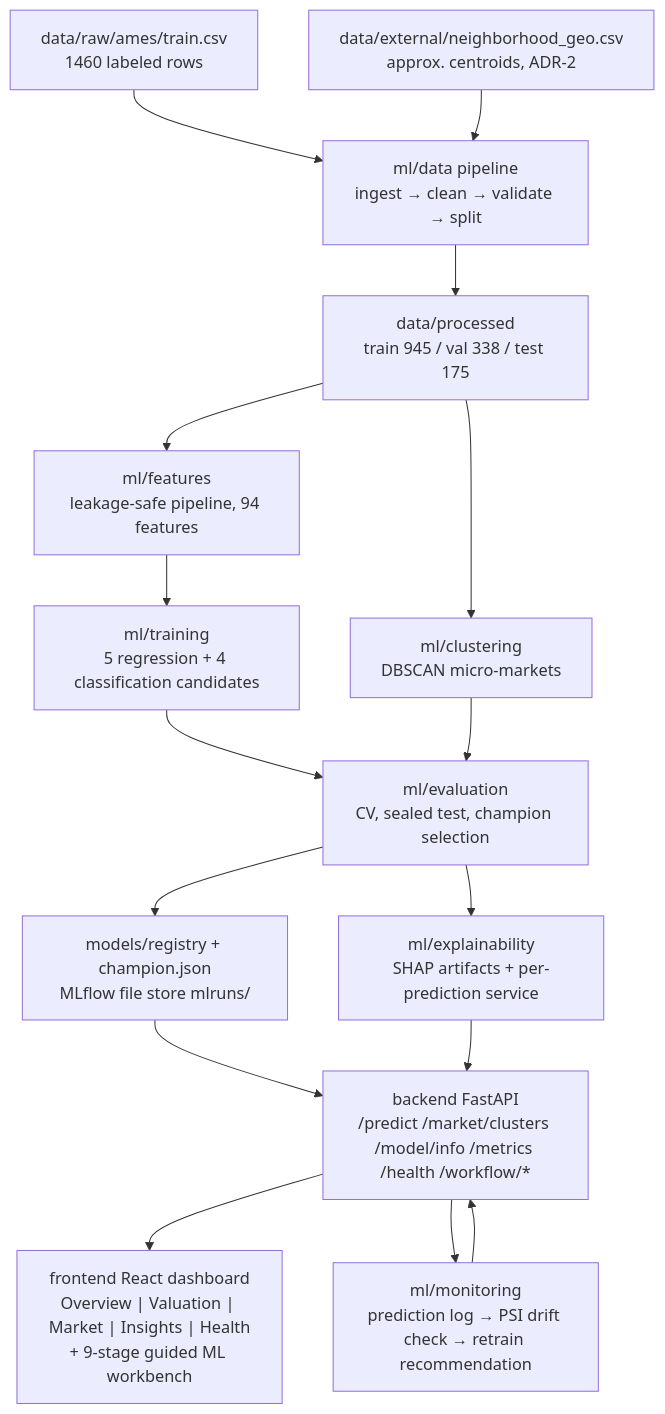
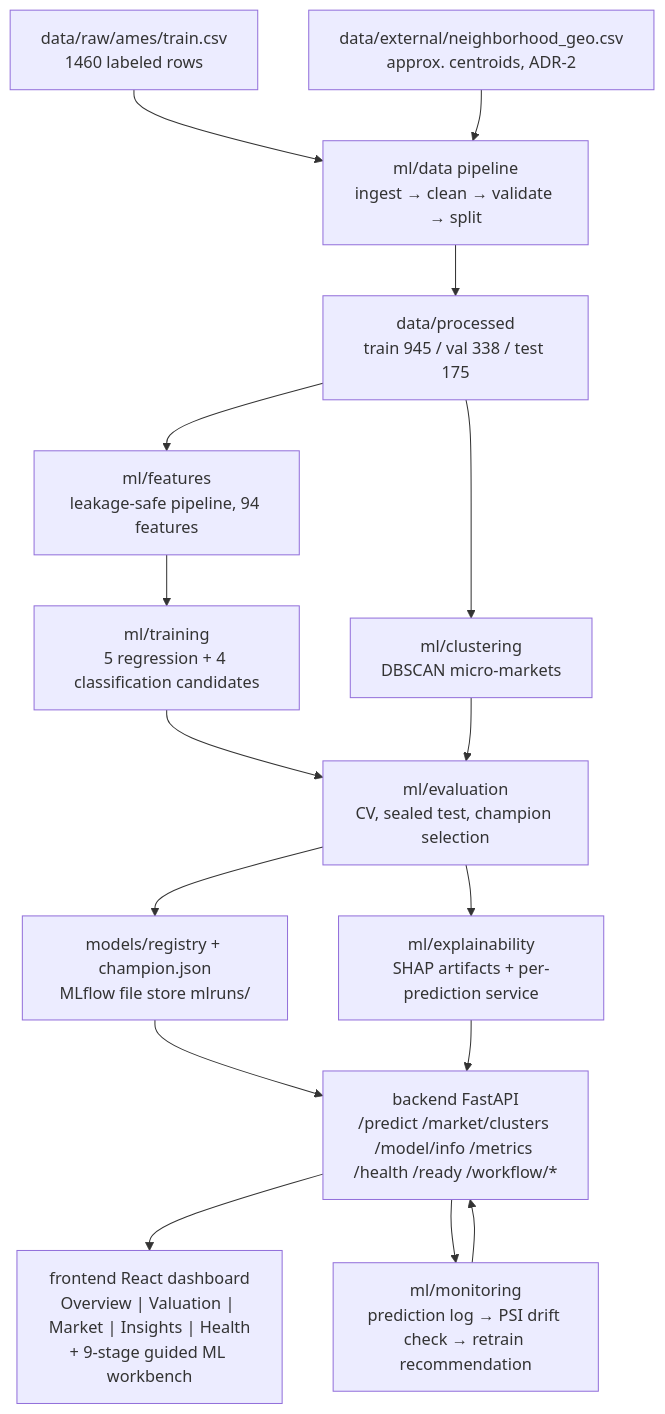
Before and after one commit to rushmanthnalluri/prop-pulse: the diagram in README.md, drawn with Mermaid. The commit also changed other lines of this file, not shown here.

````diff
--- a/README.md
+++ b/README.md
@@ -116,18 +116,18 @@
 ```mermaid
 flowchart TD
     A[data/raw/ames/train.csv<br/>1460 labeled rows] --> B[ml/data pipeline<br/>ingest → clean → validate → split]
     G[data/external/neighborhood_geo.csv<br/>approx. centroids, ADR-2] --> B
     B --> C[data/processed<br/>train 945 / val 338 / test 175]
     C --> D[ml/features<br/>leakage-safe pipeline, 94 features]
     D --> E[ml/training<br/>5 regression + 4 classification candidates]
     C --> F[ml/clustering<br/>DBSCAN micro-markets]
     E --> H[ml/evaluation<br/>CV, sealed test, champion selection]
     F --> H
     H --> I[models/registry + champion.json<br/>MLflow file store mlruns/]
     H --> J[ml/explainability<br/>SHAP artifacts + per-prediction service]
-    I --> K[backend FastAPI<br/>/predict /market/clusters /model/info /metrics /health /workflow/*]
+    I --> K[backend FastAPI<br/>/predict /market/clusters /model/info /metrics /health /ready /workflow/*]
     J --> K
     K --> L["frontend React dashboard<br/>Overview | Valuation | Market | Insights | Health<br/>+ 9-stage guided ML workbench"]
     K --> M[ml/monitoring<br/>prediction log → PSI drift check → retrain recommendation]
     M --> K
 ```
````
